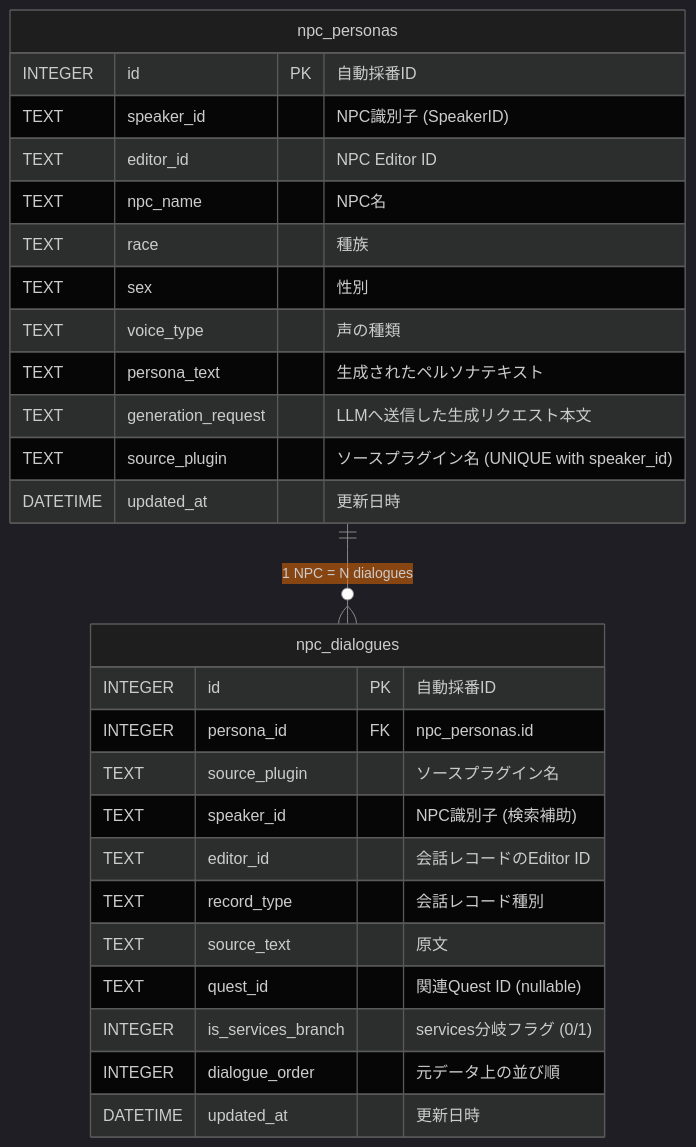
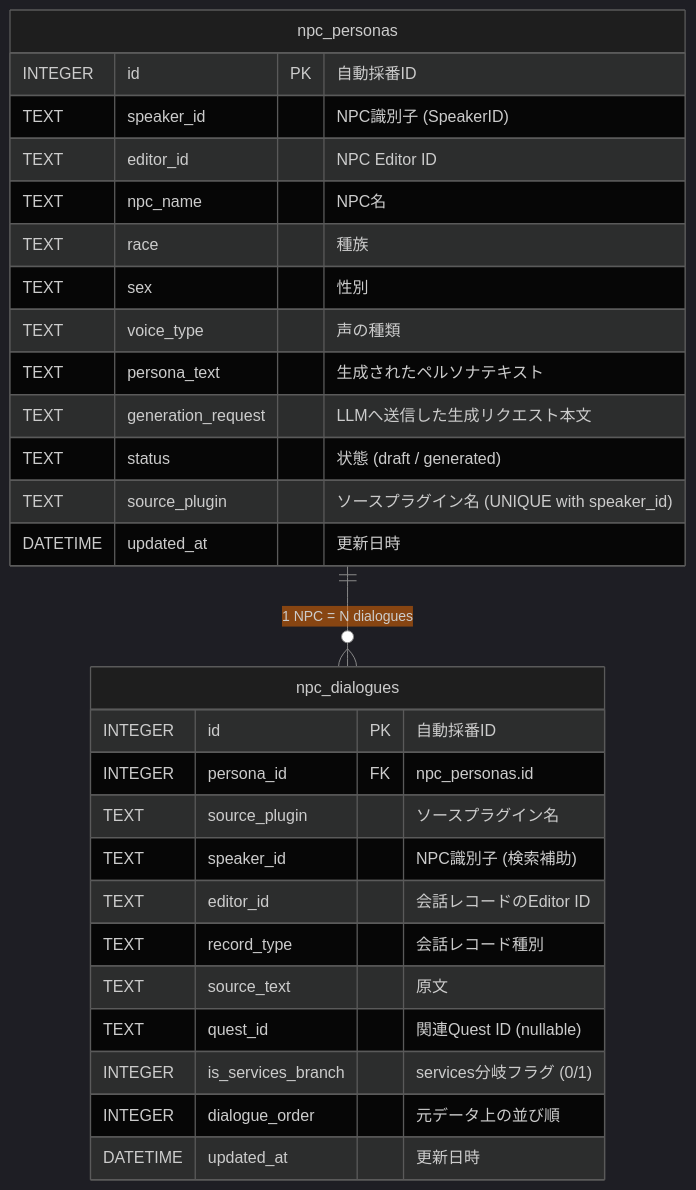
One commit to ishibata91/ai-translation-engine-2 changed the third of 9 diagrams in openspec/specs/database_erd.md. Above: the diagram before and after it, drawn with Mermaid. The commit also changed 13 other files, not shown here.

````diff
--- a/openspec/specs/database_erd.md
+++ b/openspec/specs/database_erd.md
@@ -117,43 +117,44 @@
 ```mermaid
 %%{init: {'theme': 'dark', 'themeVariables': {
   'primaryColor': '#2b2b2b',
   'primaryTextColor': '#e0e0e0',
   'primaryBorderColor': '#ff9800',
   'lineColor': '#888888',
   'secondaryColor': '#e65100',
   'tertiaryColor': '#ef6c00',
   'mainBkg': '#1e1e1e',
   'nodeBorder': '#5a5a5a'
 }}}%%
 erDiagram
     %% Persona Slice
     npc_personas ||--o{ npc_dialogues : "1 NPC = N dialogues"
 
     npc_personas {
         INTEGER id PK "自動採番ID"
         TEXT speaker_id "NPC識別子 (SpeakerID)"
         TEXT editor_id "NPC Editor ID"
         TEXT npc_name "NPC名"
         TEXT race "種族"
         TEXT sex "性別"
         TEXT voice_type "声の種類"
         TEXT persona_text "生成されたペルソナテキスト"
         TEXT generation_request "LLMへ送信した生成リクエスト本文"
+        TEXT status "状態 (draft / generated)"
         TEXT source_plugin "ソースプラグイン名 (UNIQUE with speaker_id)"
         DATETIME updated_at "更新日時"
     }
 
     npc_dialogues {
         INTEGER id PK "自動採番ID"
         INTEGER persona_id FK "npc_personas.id"
         TEXT source_plugin "ソースプラグイン名"
         TEXT speaker_id "NPC識別子 (検索補助)"
         TEXT editor_id "会話レコードのEditor ID"
         TEXT record_type "会話レコード種別"
         TEXT source_text "原文"
         TEXT quest_id "関連Quest ID (nullable)"
         INTEGER is_services_branch "services分岐フラグ (0/1)"
         INTEGER dialogue_order "元データ上の並び順"
         DATETIME updated_at "更新日時"
     }
 ```
````
